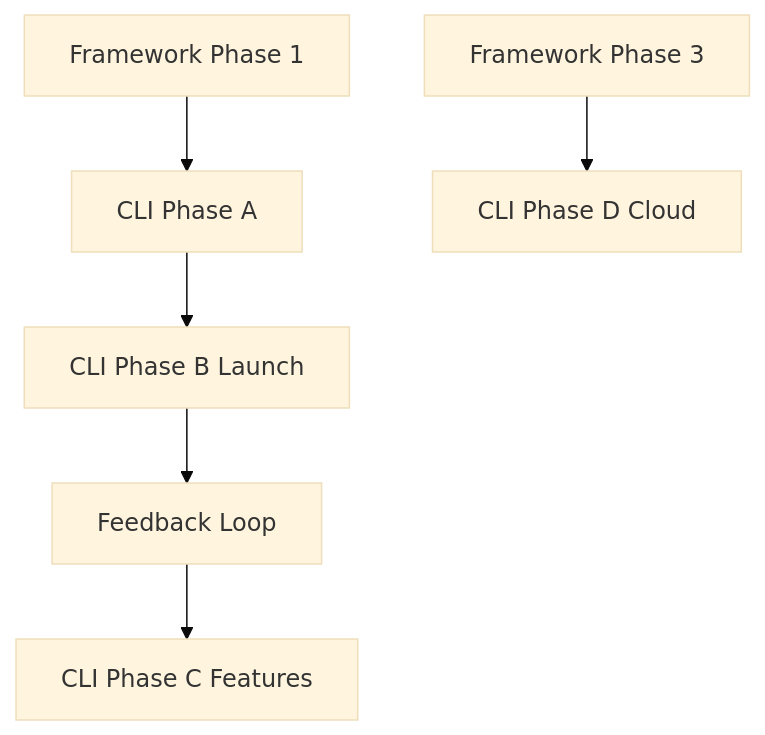
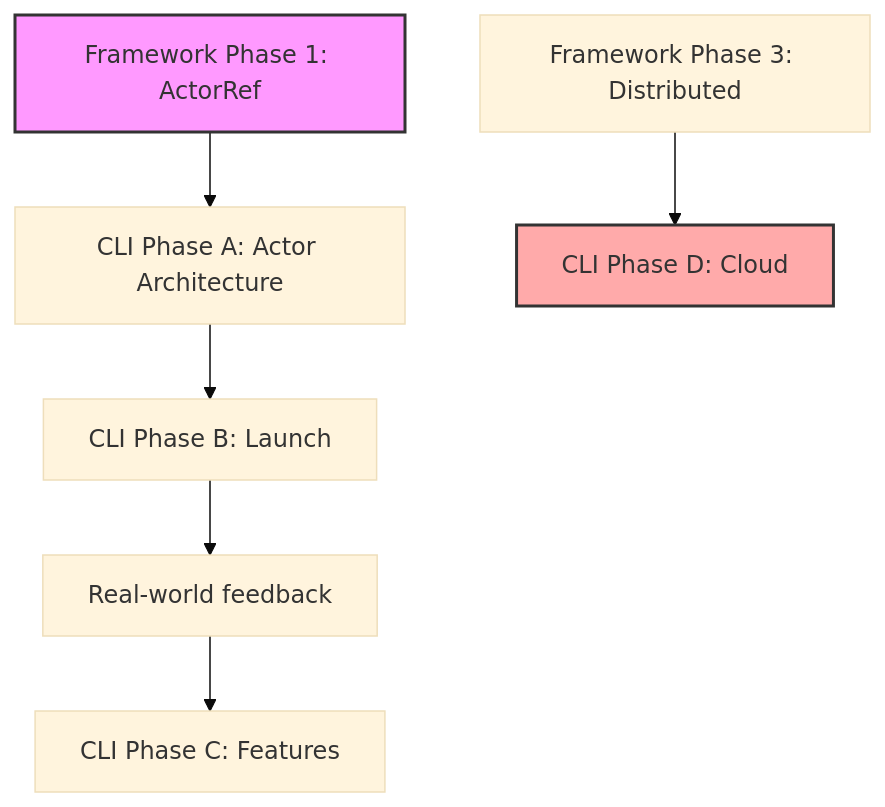
Before and after one commit to 0xjcf/actor-web: the diagram in docs/ROADMAP.md, drawn with Mermaid (base theme). The commit also changed other lines of this file and 1 other file, not shown here.

First line of the commit message:
[actor-web] Consolidate roadmaps into unified execution-focused document

````diff
--- a/docs/ROADMAP.md
+++ b/docs/ROADMAP.md
@@ -235,8 +367,11 @@
 ```mermaid
 graph TD
-    F1[Framework Phase 1] --> C1[CLI Phase A]
-    C1 --> C2[CLI Phase B Launch]
-    F2[Framework Phase 2] --> C3[CLI Phase C Features]
-    F3[Framework Phase 3] --> C4[CLI Phase D Cloud]
-    C2 --> F2[Feedback Loop]
+    F1[Framework Phase 1: ActorRef] --> C1[CLI Phase A: Actor Architecture]
+    C1 --> C2[CLI Phase B: Launch]
+    F2[Framework Phase 2: Reactive] --> C3[CLI Phase C: Features]
+    F3[Framework Phase 3: Distributed] --> C4[CLI Phase D: Cloud]
+    C2 --> F2[Real-world feedback]
+    
+    style F1 fill:#f9f,stroke:#333,stroke-width:2px
+    style C4 fill:#faa,stroke:#333,stroke-width:2px
 ```
````
